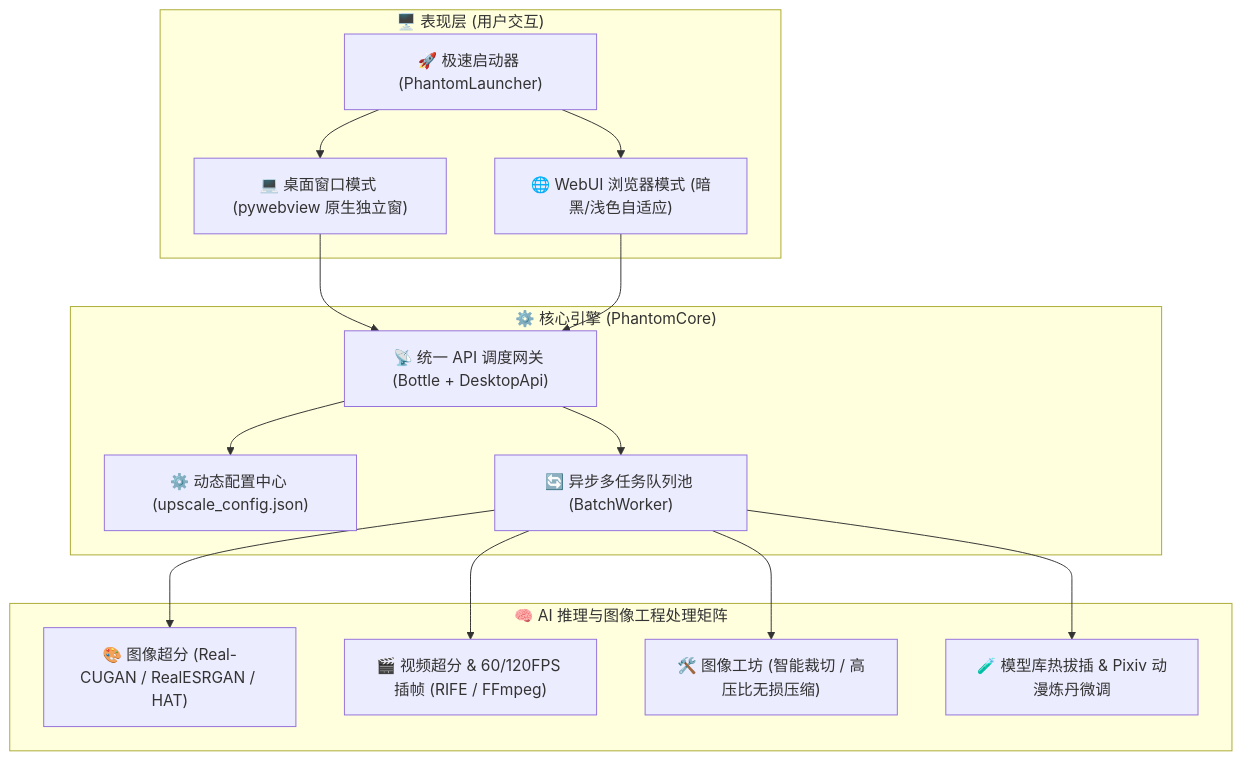
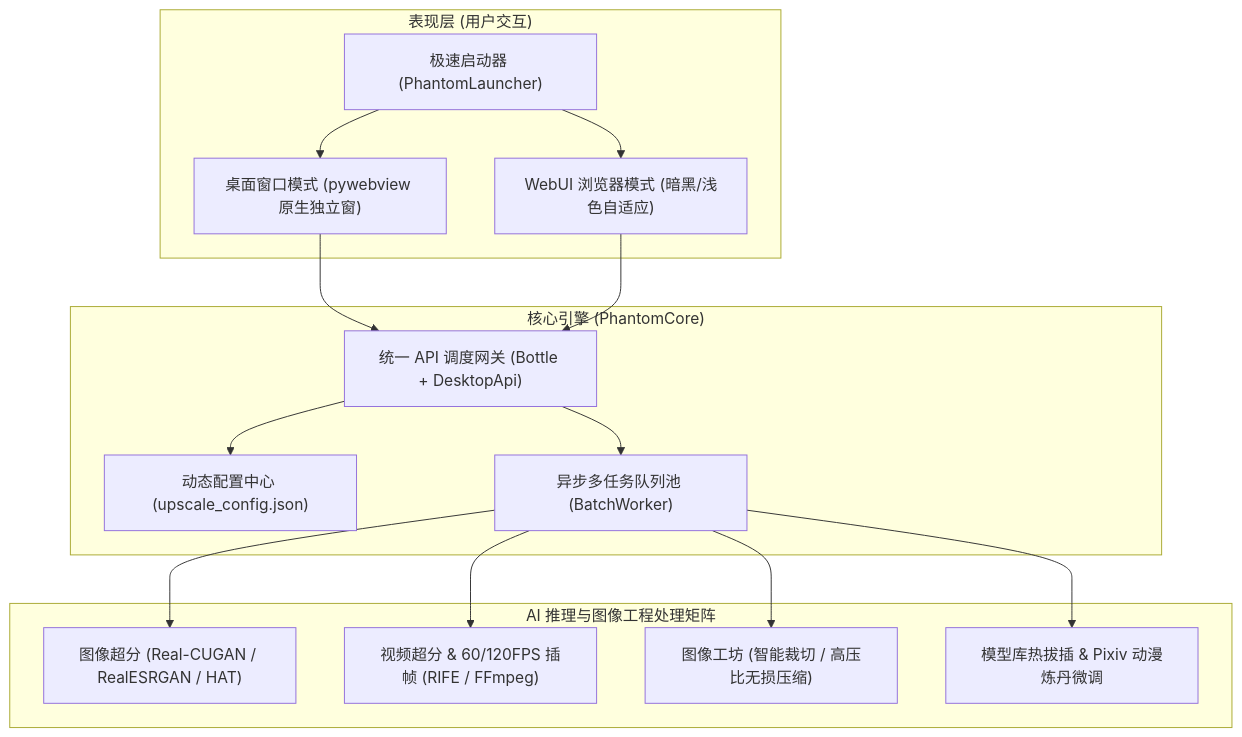
One commit to yaoming00268/OmniVisionTerminal changed the diagram in README.md. Above: the diagram before and after it, drawn with Mermaid. The commit also changed other lines of this file, not shown here.

````diff
--- a/README.md
+++ b/README.md
@@ -38,26 +38,26 @@
 ```mermaid
 flowchart TD
-    subgraph UI ["🖥️ 表现层 (用户交互)"]
-        Desk["💻 桌面窗口模式 (pywebview 原生独立窗)"]
-        Web["🌐 WebUI 浏览器模式 (暗黑/浅色自适应)"]
-        Launch["🚀 极速启动器 (PhantomLauncher)"]
+    subgraph UI ["表现层 (用户交互)"]
+        Desk["桌面窗口模式 (pywebview 原生独立窗)"]
+        Web["WebUI 浏览器模式 (暗黑/浅色自适应)"]
+        Launch["极速启动器 (PhantomLauncher)"]
     end
 
-    subgraph Core ["⚙️ 核心引擎 (PhantomCore)"]
-        API["📡 统一 API 调度网关 (Bottle + DesktopApi)"]
-        Config["⚙️ 动态配置中心 (upscale_config.json)"]
-        Worker["🔄 异步多任务队列池 (BatchWorker)"]
+    subgraph Core ["核心引擎 (PhantomCore)"]
+        API["统一 API 调度网关 (Bottle + DesktopApi)"]
+        Config["动态配置中心 (upscale_config.json)"]
+        Worker["异步多任务队列池 (BatchWorker)"]
     end
 
-    subgraph Engines ["🧠 AI 推理与图像工程处理矩阵"]
-        SR["🎨 图像超分 (Real-CUGAN / RealESRGAN / HAT)"]
-        Interp["🎬 视频超分 & 60/120FPS 插帧 (RIFE / FFmpeg)"]
-        Toolbox["🛠️ 图像工坊 (智能裁切 / 高压比无损压缩)"]
-        Train["🧪 模型库热拔插 & Pixiv 动漫炼丹微调"]
+    subgraph Engines ["AI 推理与图像工程处理矩阵"]
+        SR["图像超分 (Real-CUGAN / RealESRGAN / HAT)"]
+        Interp["视频超分 & 60/120FPS 插帧 (RIFE / FFmpeg)"]
+        Toolbox["图像工坊 (智能裁切 / 高压比无损压缩)"]
+        Train["模型库热拔插 & Pixiv 动漫炼丹微调"]
     end
 
     Launch --> Desk & Web
     Desk & Web --> API
     API --> Config & Worker
     Worker --> SR & Interp & Toolbox & Train
 ```
````
